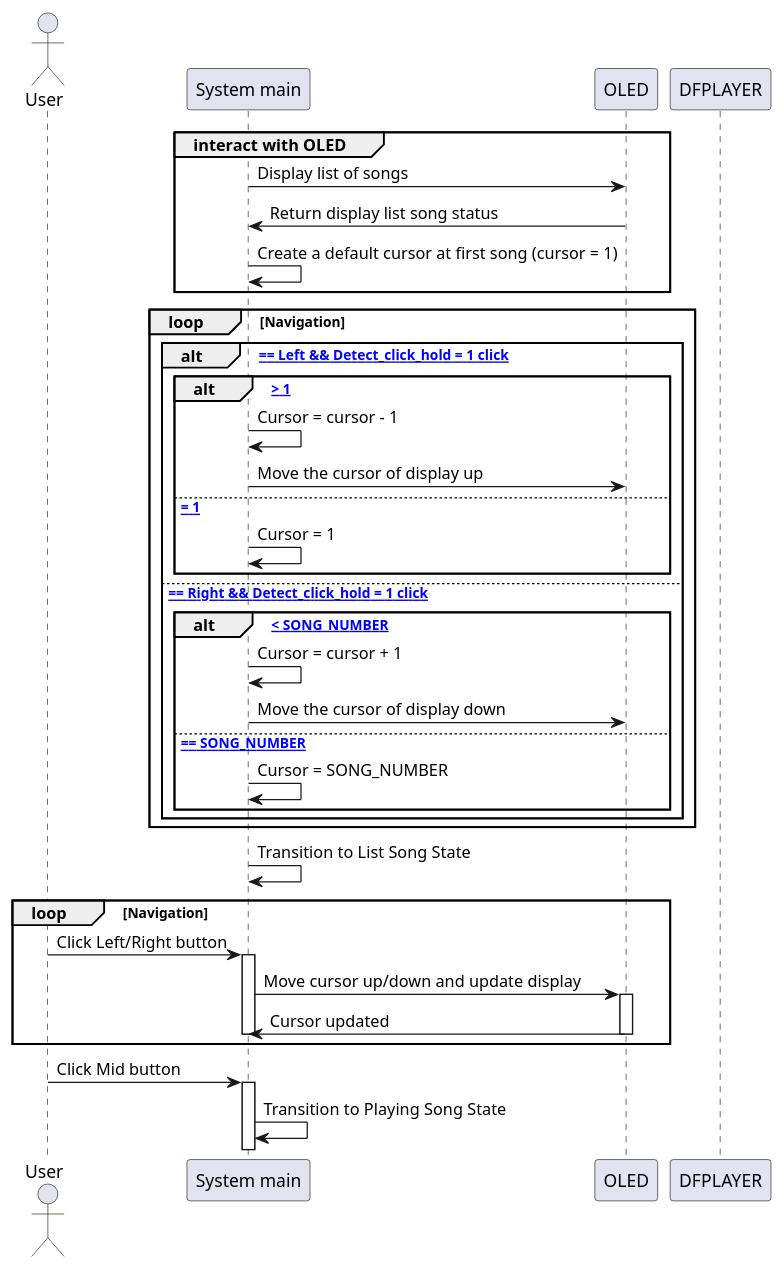
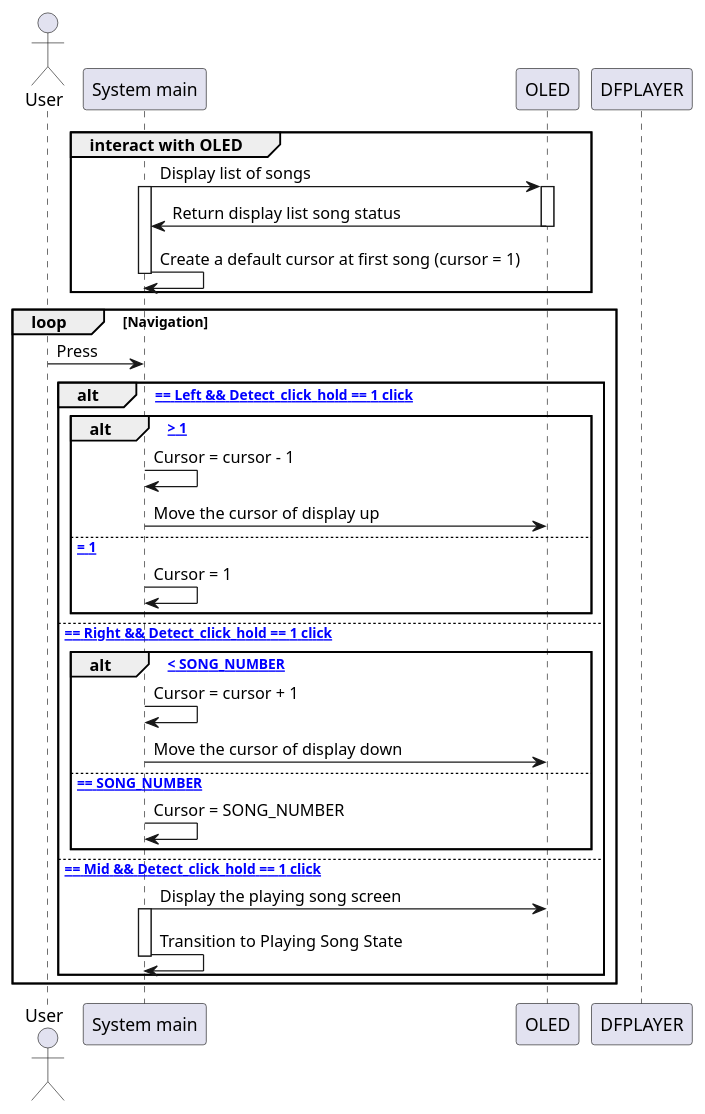
The diagram in Documents/Seqence_diagram/3_system_list_song_screen.wsd (toannguyentien-itr-intern/MP3_Player), drawn with PlantUML before and after one commit.

Commit message:
Update: Still config the user press button

```diff
--- a/Documents/Seqence_diagram/3_system_list_song_screen.wsd
+++ b/Documents/Seqence_diagram/3_system_list_song_screen.wsd
@@ -1,50 +1,56 @@
 @startuml system_list_song_screen
 actor User
 participant "System main"   as    System_main
 participant OLED
 participant DFPLAYER
 
 group interact with OLED
+
 System_main -> OLED: Display list of songs
+activate System_main
+activate OLED
 OLED -> System_main: Return display list song status  
+deactivate OLED
 System_main -> System_main: Create a default cursor at first song (cursor = 1)
+deactivate System_main
+
 end
 
+
 loop Navigation 
-alt [Detect_button_press == Left && Detect_click_hold = 1 click]
+
+User -> System_main: Press
+
+alt [Detect_button_press == Left && Detect_click_hold == 1 click]
   alt [Cursor > 1]
     System_main -> System_main: Cursor = cursor - 1 
     System_main -> OLED: Move the cursor of display up
   else [Cursor = 1]
     System_main -> System_main: Cursor = 1
   end
 
-else [Detect_button_press == Right && Detect_click_hold = 1 click]
+
+else [Detect_button_press == Right && Detect_click_hold == 1 click]
   alt [Cursor < SONG_NUMBER]
     System_main -> System_main: Cursor = cursor + 1 
     System_main -> OLED: Move the cursor of display down
   else [Cursor == SONG_NUMBER]
     System_main -> System_main: Cursor = SONG_NUMBER
   end
 
-end 
+else [Detect_button_press == Mid && Detect_click_hold == 1 click]
+  System_main -> OLED: Display the playing song screen
+  activate System_main
+  System_main -> System_main: Transition to Playing Song State
+  deactivate System_main
 end
 
-System_main -> System_main: Transition to List Song State
+end
 
-loop Navigation
 
-    User -> System_main: Click Left/Right button
-    activate System_main
-    System_main -> OLED: Move cursor up/down and update display
-    activate OLED
-    OLED -> System_main: Cursor updated
-    deactivate OLED
-    deactivate System_main
 
-end 
-User -> System_main: Click Mid button
-activate System_main
+' User -> System_main: Click Mid button
+' activate System_main
 
-System_main -> System_main: Transition to Playing Song State
+' System_main -> System_main: 
 @enduml
```
